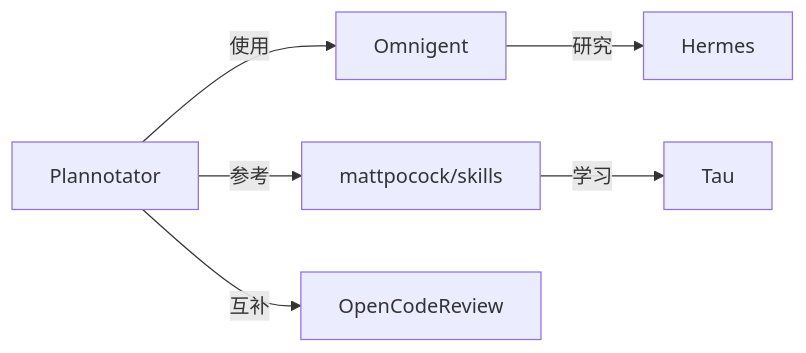
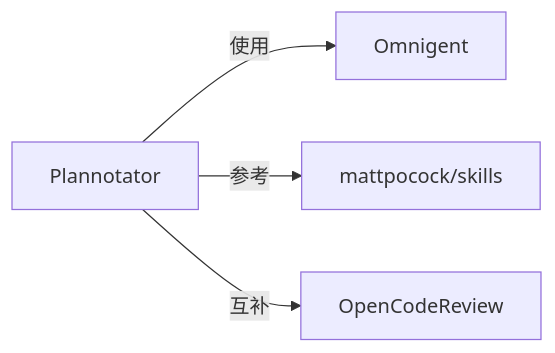
One commit to CheerioCorner/cheerio-skills changed the fifth of 5 diagrams in skills/knowledge-garden-visualmap/SKILL.md. Above: the diagram before and after it, drawn with Mermaid. The commit also changed other lines of this file and 4 other files, not shown here.

First line of the commit message:
🔄 更新 skills：視覺地圖改為直接寫入 Mermaid

````diff
--- a/skills/knowledge-garden-visualmap/SKILL.md
+++ b/skills/knowledge-garden-visualmap/SKILL.md
@@ -62,8 +167,6 @@
 ```mermaid
 graph LR
     P[Plannotator] --> |"使用"| O[Omnigent]
     P --> |"参考"| M[mattpocock/skills]
     P --> |"互补"| R[OpenCodeReview]
-    M --> |"学习"| T[Tau]
-    O --> |"研究"| H[Hermes]
 ```
````
